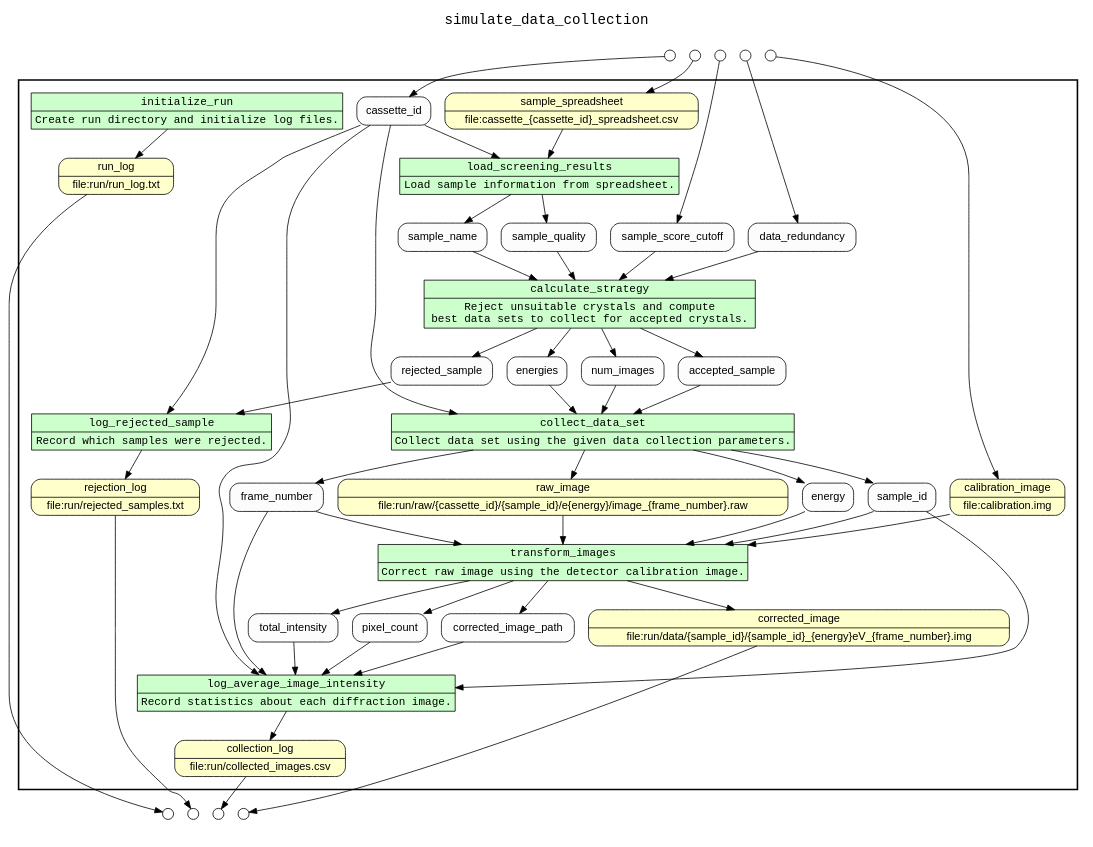
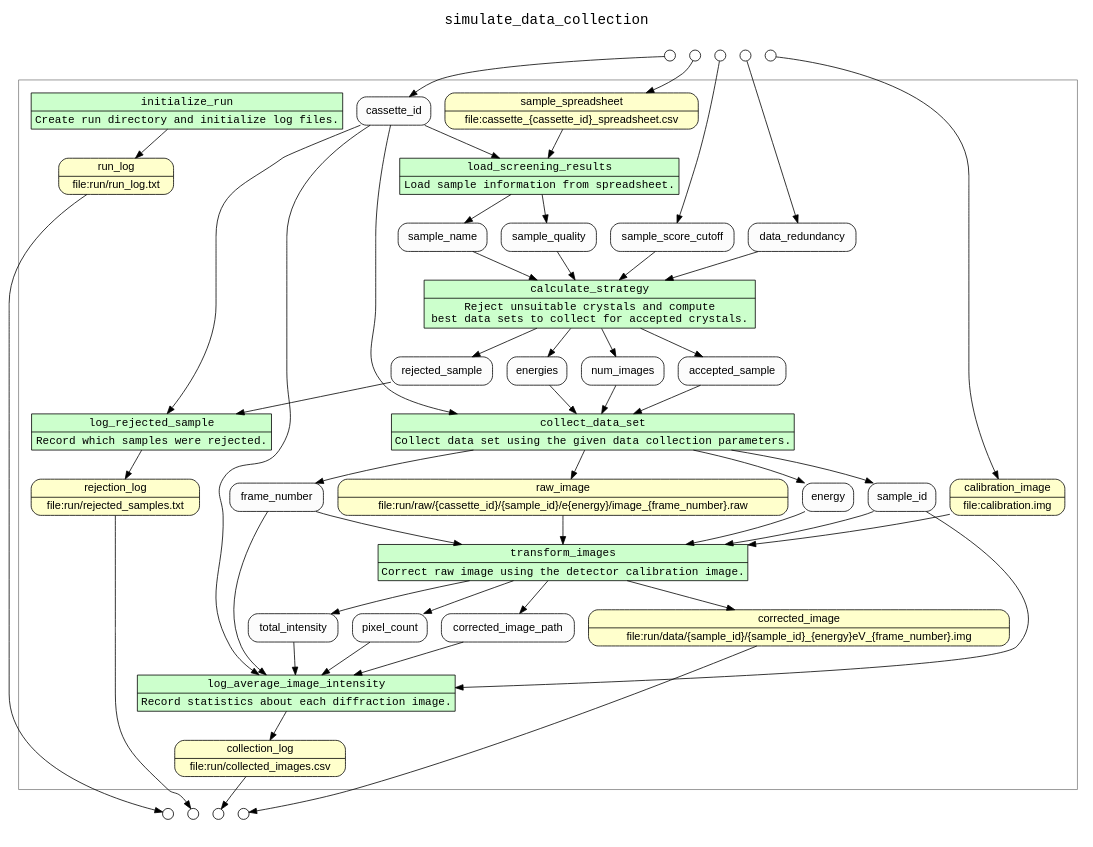
Before and after one commit to gems-uff/yin-yang-demo: the diagram in simulate_data_collection/yw/combined.gv, drawn with Graphviz. The commit also changed 2 other files, not shown here.

```diff
--- a/simulate_data_collection/yw/combined.gv
+++ b/simulate_data_collection/yw/combined.gv
@@ -1,150 +1,150 @@
 
 /* Start of top-level graph */
 digraph Workflow {
 rankdir=TB
 
 /* Title for graph */
 fontname=Courier; fontsize=18; labelloc=t
 label=simulate_data_collection
 
 /* Start of double cluster for drawing box around nodes in workflow */
-subgraph cluster_workflow_box_outer { label=""; color=black; penwidth=2
+subgraph cluster_workflow_box_outer { label=""; color=grey; penwidth=1
 subgraph cluster_workflow_box_inner { label=""; color=white
 
 /* Style for nodes representing atomic programs in workflow */
 node[shape=box style=filled fillcolor="#CCFFCC" peripheries=1 fontname=Courier]
 
 /* Nodes representing atomic programs in workflow */
 initialize_run [shape=record rankdir=LR label="{<f0> initialize_run |<f1> Create run directory and initialize log files.}"];
 load_screening_results [shape=record rankdir=LR label="{<f0> load_screening_results |<f1> Load sample information from spreadsheet.}"];
 calculate_strategy [shape=record rankdir=LR label="{<f0> calculate_strategy |<f1> Reject unsuitable crystals and compute \n best data sets to collect for accepted crystals.}"];
 log_rejected_sample [shape=record rankdir=LR label="{<f0> log_rejected_sample |<f1> Record which samples were rejected.}"];
 collect_data_set [shape=record rankdir=LR label="{<f0> collect_data_set |<f1> Collect data set using the given data collection parameters.}"];
 transform_images [shape=record rankdir=LR label="{<f0> transform_images |<f1> Correct raw image using the detector calibration image.}"];
 log_average_image_intensity [shape=record rankdir=LR label="{<f0> log_average_image_intensity |<f1> Record statistics about each diffraction image.}"];
 
 /* Style for nodes representing non-parameter data channels in workflow */
 node[shape=box style="rounded,filled" fillcolor="#FFFFCC" peripheries=1 fontname=Helvetica]
 
 /* Nodes for non-parameter data channels in workflow */
 corrected_image [shape=record rankdir=LR label="{<f0> corrected_image |<f1> file\:run/data/\{sample_id\}/\{sample_id\}_\{energy\}eV_\{frame_number\}.img}"];
 run_log [shape=record rankdir=LR label="{<f0> run_log |<f1> file\:run/run_log.txt}"];
 collection_log [shape=record rankdir=LR label="{<f0> collection_log |<f1> file\:run/collected_images.csv}"];
 rejection_log [shape=record rankdir=LR label="{<f0> rejection_log |<f1> file\:run/rejected_samples.txt}"];
 sample_spreadsheet [shape=record rankdir=LR label="{<f0> sample_spreadsheet |<f1> file\:cassette_\{cassette_id\}_spreadsheet.csv}"];
 raw_image [shape=record rankdir=LR label="{<f0> raw_image |<f1> file\:run/raw/\{cassette_id\}/\{sample_id\}/e\{energy\}/image_\{frame_number\}.raw}"];
 calibration_image [shape=record rankdir=LR label="{<f0> calibration_image |<f1> file\:calibration.img}"];
 
 /* Style for nodes representing parameter channels in workflow */
 node[shape=box style="rounded,filled" fillcolor="#FCFCFC" peripheries=1 fontname=Helvetica]
 
 /* Nodes representing parameter channels in workflow */
 cassette_id
 sample_score_cutoff
 data_redundancy
 sample_name
 sample_quality
 rejected_sample
 num_images
 accepted_sample
 energies
 sample_id
 energy
 frame_number
 corrected_image_path
 total_intensity
 pixel_count
 
 /* Edges representing connections between programs and channels */
 initialize_run -> run_log
 load_screening_results -> sample_name
 load_screening_results -> sample_quality
 cassette_id -> load_screening_results
 sample_spreadsheet -> load_screening_results
 calculate_strategy -> accepted_sample
 calculate_strategy -> rejected_sample
 calculate_strategy -> num_images
 calculate_strategy -> energies
 sample_score_cutoff -> calculate_strategy
 data_redundancy -> calculate_strategy
 sample_name -> calculate_strategy
 sample_quality -> calculate_strategy
 log_rejected_sample -> rejection_log
 cassette_id -> log_rejected_sample
 rejected_sample -> log_rejected_sample
 collect_data_set -> sample_id
 collect_data_set -> energy
 collect_data_set -> frame_number
 collect_data_set -> raw_image
 cassette_id -> collect_data_set
 num_images -> collect_data_set
 accepted_sample -> collect_data_set
 energies -> collect_data_set
 transform_images -> corrected_image
 transform_images -> corrected_image_path
 transform_images -> total_intensity
 transform_images -> pixel_count
 sample_id -> transform_images
 energy -> transform_images
 frame_number -> transform_images
 raw_image -> transform_images
 calibration_image -> transform_images
 log_average_image_intensity -> collection_log
 cassette_id -> log_average_image_intensity
 sample_id -> log_average_image_intensity
 frame_number -> log_average_image_intensity
 corrected_image_path -> log_average_image_intensity
 total_intensity -> log_average_image_intensity
 pixel_count -> log_average_image_intensity
 
 /* End of double cluster for drawing box around nodes in workflow */
 }}
 
 /* Hidden double-cluster for grouping workflow input ports */
 subgraph cluster_input_ports_group_outer { label=""; color=white
 subgraph cluster_input_ports_group_inner { label=""; color=white
 
 /* Style for nodes representing workflow input ports */
 node[shape=circle style="rounded,filled" fillcolor="#FFFFFF" peripheries=1 fontname=Helvetica width=0.2]
 
 /* Nodes representing workflow input ports */
 cassette_id_input_port [label=""]
 sample_score_cutoff_input_port [label=""]
 data_redundancy_input_port [label=""]
 sample_spreadsheet_input_port [label=""]
 calibration_image_input_port [label=""]
 
 /* End of double-cluster for grouping workflow input ports */
 }}
 
 /* Hidden double-cluster for grouping workflow output ports */
 subgraph cluster_output_ports_group_outer { label=""; color=white
 subgraph cluster_output_ports_group_inner { label=""; color=white
 
 /* Style for nodes representing workflow output ports */
 node[shape=circle style="rounded,filled" fillcolor="#FFFFFF" peripheries=1 fontname=Helvetica width=0.2]
 
 /* Nodes representing workflow output ports */
 corrected_image_output_port [label=""]
 run_log_output_port [label=""]
 collection_log_output_port [label=""]
 rejection_log_output_port [label=""]
 
 /* End of double-cluster for grouping workflow output ports */
 }}
 
 /* Edges from input ports to channels */
 cassette_id_input_port -> cassette_id
 sample_score_cutoff_input_port -> sample_score_cutoff
 data_redundancy_input_port -> data_redundancy
 sample_spreadsheet_input_port -> sample_spreadsheet
 calibration_image_input_port -> calibration_image
 
 /* Edges from channels to output ports */
 corrected_image -> corrected_image_output_port
 run_log -> run_log_output_port
 collection_log -> collection_log_output_port
 rejection_log -> rejection_log_output_port
 
 /* End of top-level graph */
 }
```
